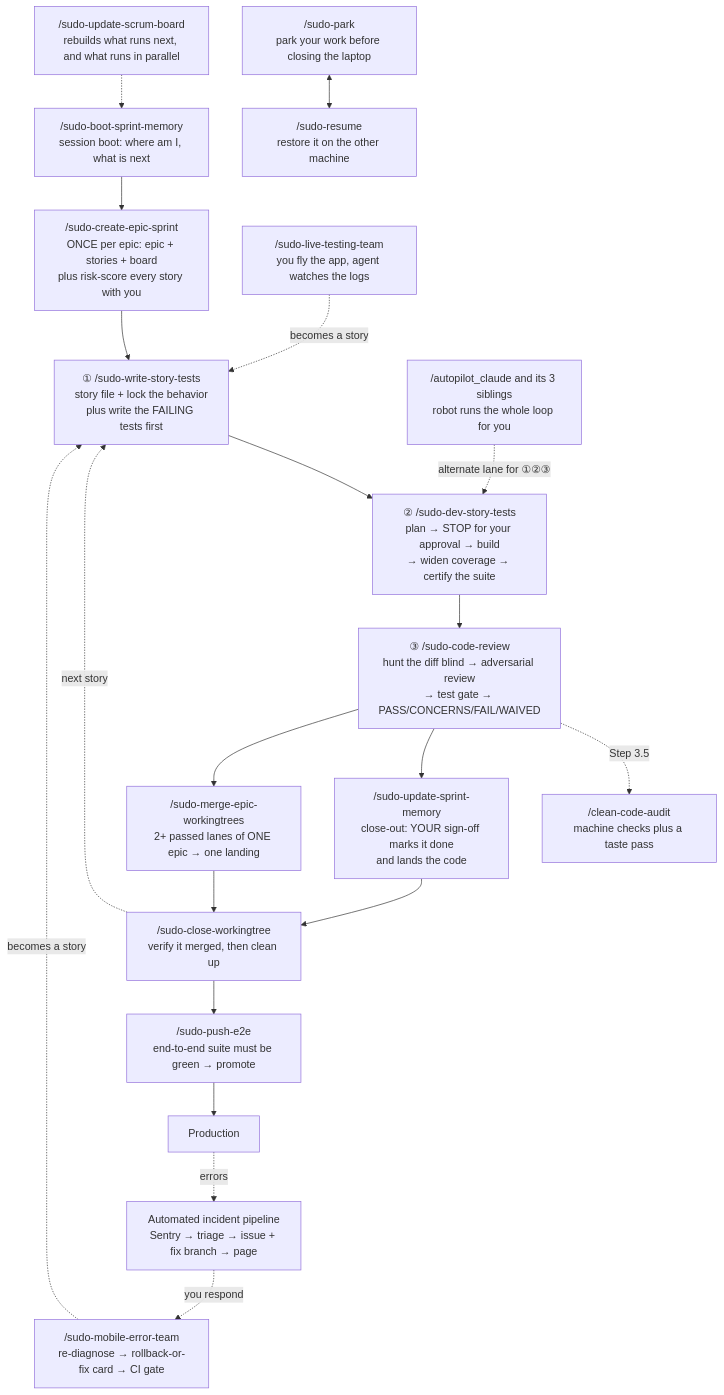
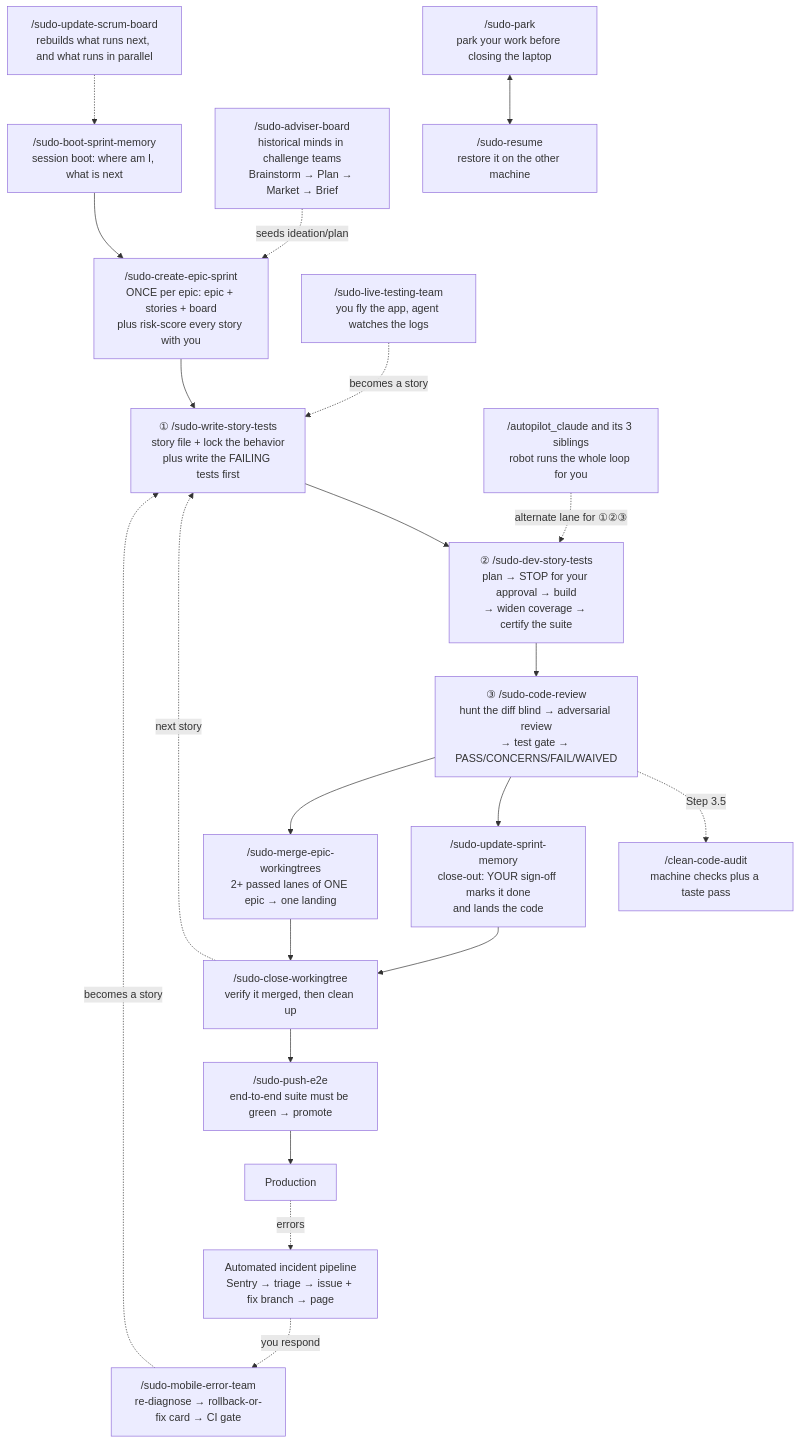
Before and after one commit to sudomadhatter/Sudo_Hatter_Command: the first of 8 diagrams in _my_resources/_quick_reference/sudo_workflows_testing.md, drawn with Mermaid. The commit also changed other lines of this file and 3 other files, not shown here.

Commit message:
feat: document implementation plan and board session for new teaching edition export system

````diff
--- a/_my_resources/_quick_reference/sudo_workflows_testing.md
+++ b/_my_resources/_quick_reference/sudo_workflows_testing.md
@@ -54,22 +55,23 @@
 ```mermaid
 flowchart TD
     BOOT["/sudo-boot-sprint-memory\nsession boot: where am I, what is next"] --> KICK["/sudo-create-epic-sprint\nONCE per epic: epic + stories + board\nplus risk-score every story with you"]
     KICK --> ONE["① /sudo-write-story-tests\nstory file + lock the behavior\nplus write the FAILING tests first"]
     ONE --> TWO["② /sudo-dev-story-tests\nplan → STOP for your approval → build\n→ widen coverage → certify the suite"]
     TWO --> THREE["③ /sudo-code-review\nhunt the diff blind → adversarial review\n→ test gate → PASS/CONCERNS/FAIL/WAIVED"]
     THREE -.->|"Step 3.5"| CLEAN["/clean-code-audit\nmachine checks plus a taste pass"]
     THREE --> CLOSE["/sudo-update-sprint-memory\nclose-out: YOUR sign-off marks it done\nand lands the code"]
     THREE --> MERGE["/sudo-merge-epic-workingtrees\n2+ passed lanes of ONE epic → one landing"]
     CLOSE --> CLOSEWT["/sudo-close-workingtree\nverify it merged, then clean up"]
     MERGE --> CLOSEWT
     CLOSEWT -.->|"next story"| ONE
     CLOSEWT --> SHIP["/sudo-push-e2e\nend-to-end suite must be green → promote"]
     SHIP --> PROD["Production"]
     PROD -.->|"errors"| SEC["Automated incident pipeline\nSentry → triage → issue + fix branch → page"]
     SEC -.->|"you respond"| MOBERR["/sudo-mobile-error-team\nre-diagnose → rollback-or-fix card → CI gate"]
     MOBERR -.->|"becomes a story"| ONE
     LIVE["/sudo-live-testing-team\nyou fly the app, agent watches the logs"] -.->|"becomes a story"| ONE
     AP["/autopilot_claude and its 3 siblings\nrobot runs the whole loop for you"] -.->|"alternate lane for ①②③"| TWO
     BOARD["/sudo-update-scrum-board\nrebuilds what runs next, and what runs in parallel"] -.-> BOOT
+    ADV["/sudo-adviser-board\nhistorical minds in challenge teams\nBrainstorm → Plan → Market → Brief"] -.->|"seeds ideation/plan"| KICK
     PARK["/sudo-park\npark your work before closing the laptop"] <--> RESUME["/sudo-resume\nrestore it on the other machine"]
 ```
````
